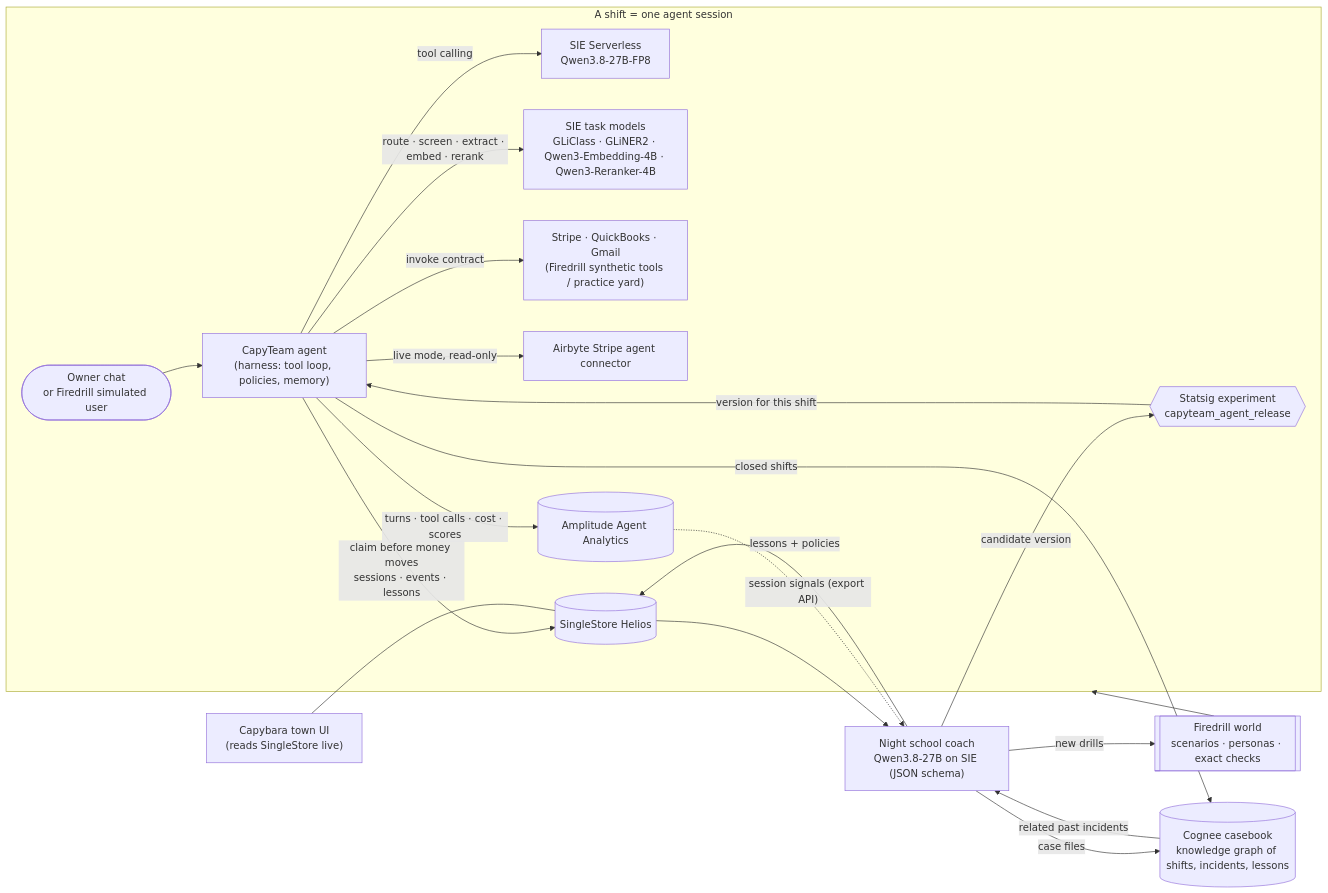
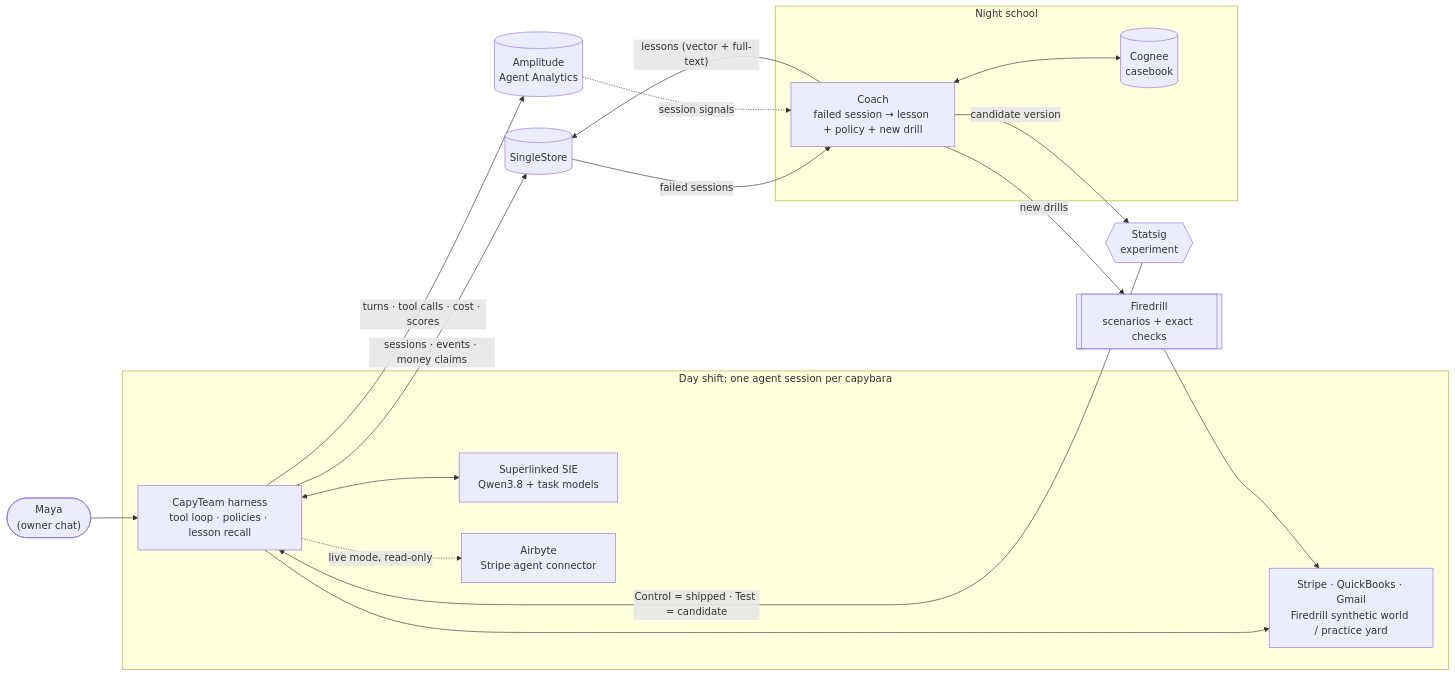
Before and after one commit to chinesepowered/hack-pah: the diagram in README.md, drawn with Mermaid. The commit also changed other lines of this file and 19 other files, not shown here.

First line of the commit message:
Rebuilt demo video, Statsig experiment run, judge README

````diff
--- a/README.md
+++ b/README.md
@@ -46,23 +51,23 @@
 ```mermaid
 flowchart LR
-  subgraph shift["A shift = one agent session"]
-    owner(["Owner chat<br/>or Firedrill simulated user"]) --> agent["CapyTeam agent<br/>(harness: tool loop, policies, memory)"]
-    agent -- "tool calling" --> llm["SIE Serverless<br/>Qwen3.8-27B-FP8"]
-    agent -- "route · screen · extract · embed · rerank" --> tasks["SIE task models<br/>GLiClass · GLiNER2 · Qwen3-Embedding-4B · Qwen3-Reranker-4B"]
-    agent -- "invoke contract" --> tools["Stripe · QuickBooks · Gmail<br/>(Firedrill synthetic tools / practice yard)"]
-    agent -- "live mode, read-only" --> airbyte["Airbyte Stripe agent connector"]
-    agent -- "claim before money moves<br/>sessions · events · lessons" --> s2[("SingleStore Helios")]
-    agent -- "turns · tool calls · cost · scores" --> amp[("Amplitude Agent Analytics")]
-    statsig{{"Statsig experiment<br/>capyteam_agent_release"}} -- "version for this shift" --> agent
+  maya(["Maya<br/>(owner chat)"]) --> agent
+  subgraph day["Day shift: one agent session per capybara"]
+    agent["CapyTeam harness<br/>tool loop · policies · lesson recall"]
+    agent <--> sie["Superlinked SIE<br/>Qwen3.8 + task models"]
+    agent --> tools["Stripe · QuickBooks · Gmail<br/>Firedrill synthetic world / practice yard"]
+    agent -. "live mode, read-only" .-> airbyte["Airbyte<br/>Stripe agent connector"]
   end
-  fd[["Firedrill world<br/>scenarios · personas · exact checks"]] --> shift
-  s2 --> coach["Night school coach<br/>Qwen3.8-27B on SIE (JSON schema)"]
-  cognee[("Cognee casebook<br/>knowledge graph of shifts, incidents, lessons")] -- "related past incidents" --> coach
-  coach -- "case files" --> cognee
-  agent -- "closed shifts" --> cognee
-  amp -. "session signals (export API)" .-> coach
-  coach -- "lessons + policies" --> s2
-  coach -- "new drills" --> fd
-  coach -- "candidate version" --> statsig
-  ui["Capybara town UI<br/>(reads SingleStore live)"] --- s2
+  agent -- "sessions · events · money claims" --> s2[("SingleStore")]
+  agent -- "turns · tool calls · cost · scores" --> amp[("Amplitude<br/>Agent Analytics")]
+  subgraph night["Night school"]
+    coach["Coach<br/>failed session → lesson + policy + new drill"]
+    coach <--> cognee[("Cognee<br/>casebook")]
+  end
+  s2 -- "failed sessions" --> coach
+  amp -. "session signals" .-> coach
+  coach -- "lessons (vector + full-text)" --> s2
+  coach -- "new drills" --> fd[["Firedrill<br/>scenarios + exact checks"]]
+  fd --> tools
+  coach -- "candidate version" --> statsig{{"Statsig<br/>experiment"}}
+  statsig -- "Control = shipped · Test = candidate" --> agent
 ```
````
